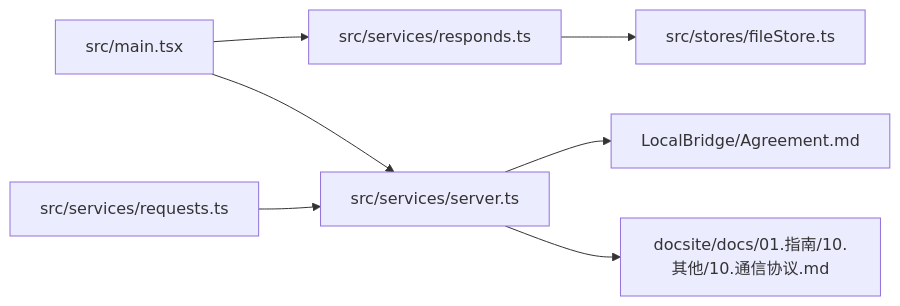
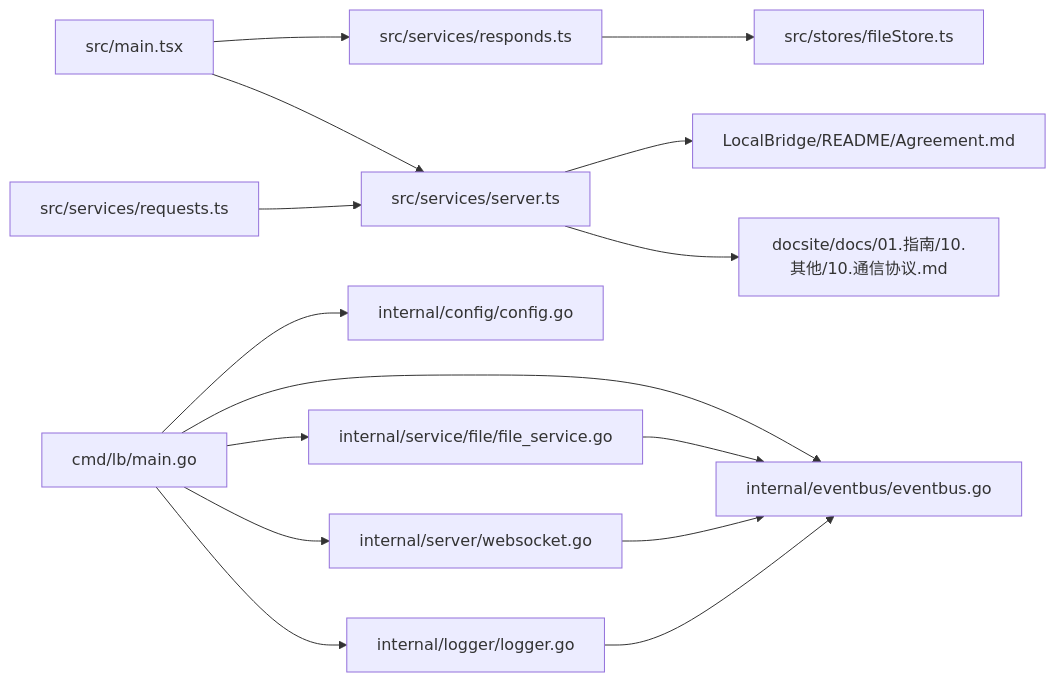
Before and after one commit to kqcoxn/MaaPipelineEditor: the fourth of 4 diagrams in .qoder/repowiki/zh/content/开发者指南/LocalBridge 通信协议.md, drawn with Mermaid. The commit also changed other lines of this file and 19 other files, not shown here.

````diff
--- a/.qoder/repowiki/zh/content/开发者指南/LocalBridge 通信协议.md
+++ b/.qoder/repowiki/zh/content/开发者指南/LocalBridge 通信协议.md
@@ -273,9 +339,17 @@
 ```mermaid
 graph LR
 MAIN["src/main.tsx"] --> RESP["src/services/responds.ts"]
 MAIN --> SERVER["src/services/server.ts"]
 REQ["src/services/requests.ts"] --> SERVER
 RESP --> STORE["src/stores/fileStore.ts"]
-SERVER --> AG["LocalBridge/Agreement.md"]
+SERVER --> AG["LocalBridge/README/Agreement.md"]
 SERVER --> DOC["docsite/docs/01.指南/10.其他/10.通信协议.md"]
+CLI["cmd/lb/main.go"] --> CONF["internal/config/config.go"]
+CLI --> LOG["internal/logger/logger.go"]
+CLI --> EVENT["internal/eventbus/eventbus.go"]
+CLI --> FILE["internal/service/file/file_service.go"]
+CLI --> WS["internal/server/websocket.go"]
+FILE --> EVENT
+WS --> EVENT
+LOG --> EVENT
 ```
````
